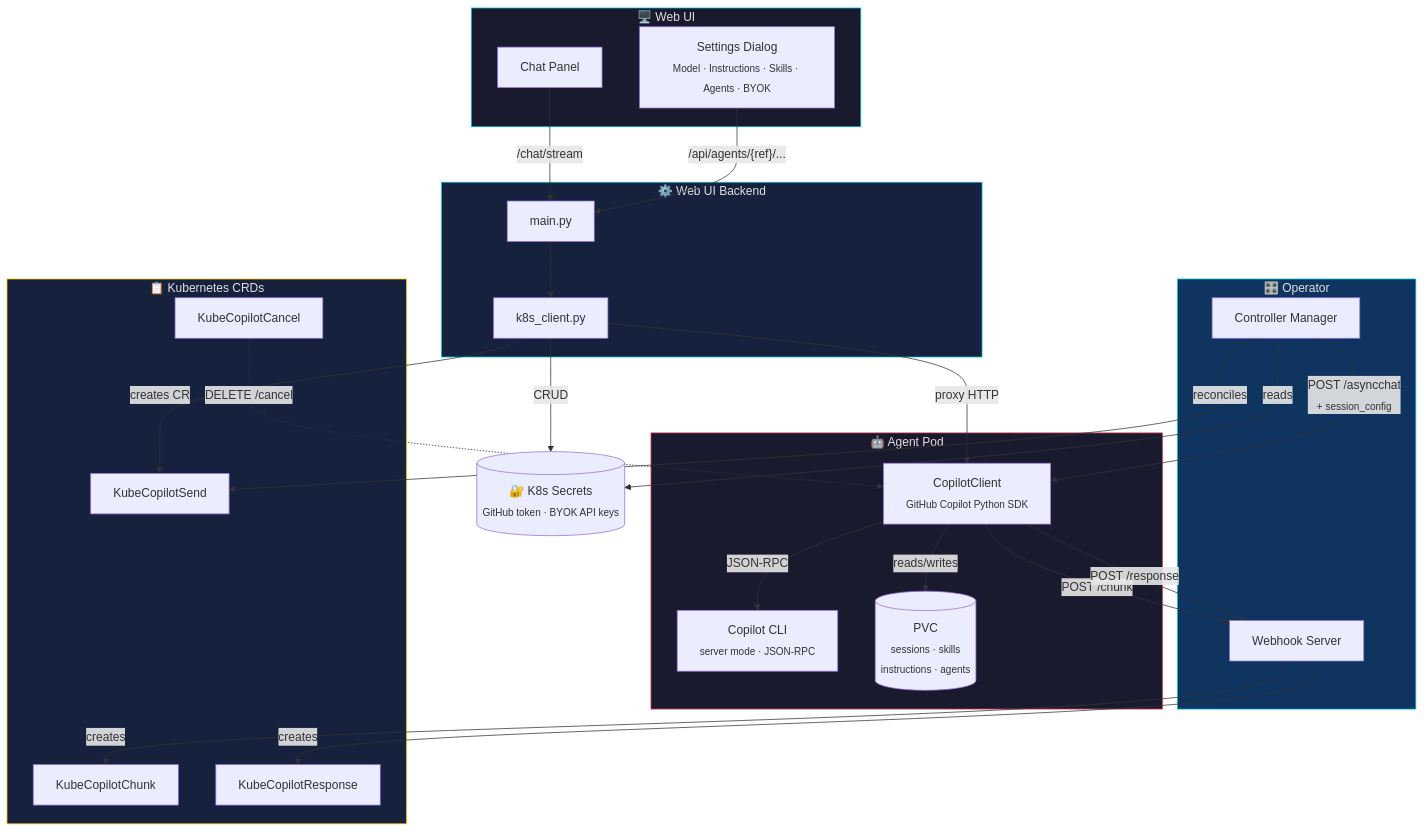
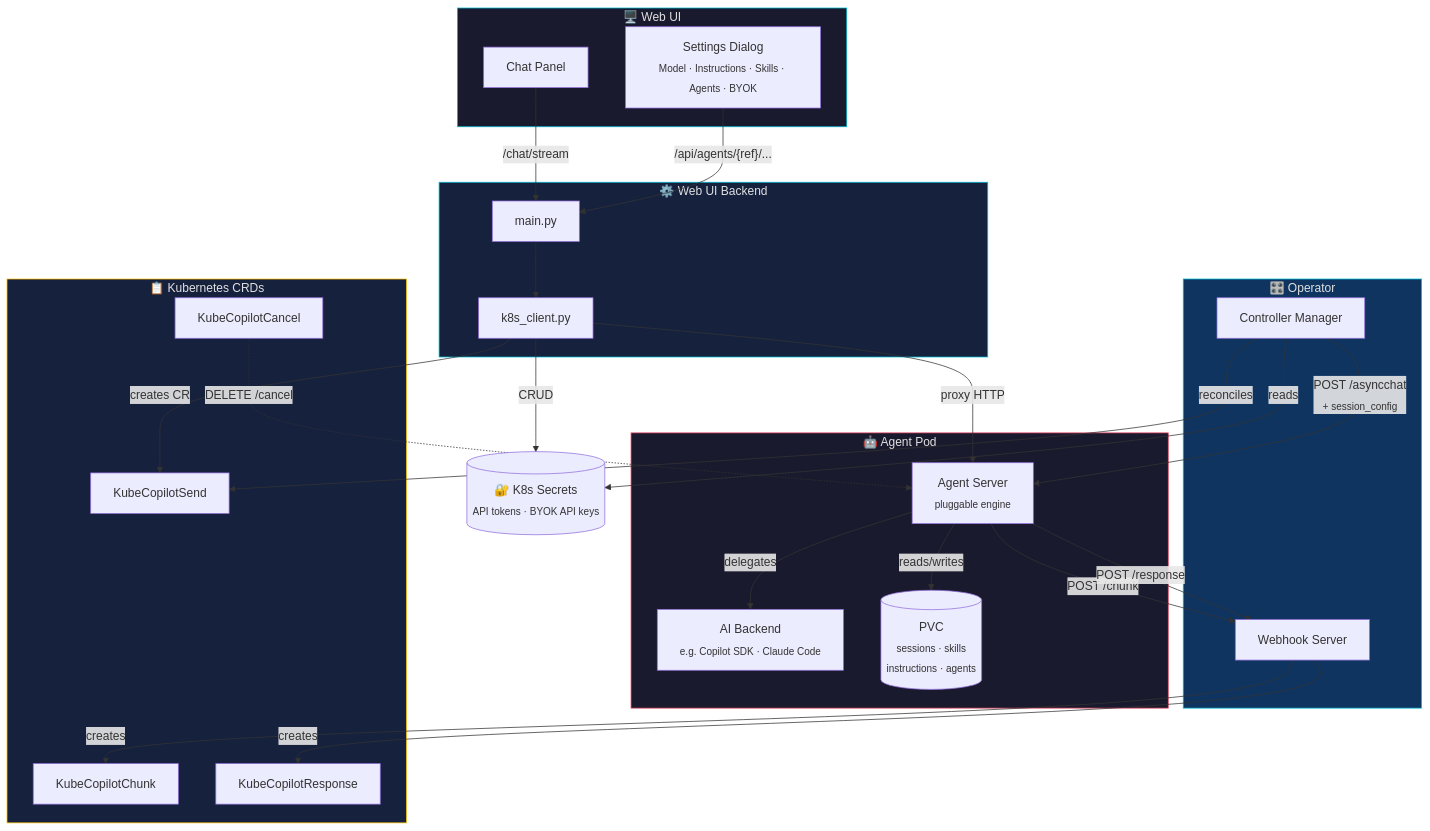
Before and after one commit to giofontana/kube-copilot-agent: the first of 7 diagrams in README.md, drawn with Mermaid. The commit also changed other lines of this file, not shown here.

````diff
--- a/README.md
+++ b/README.md
@@ -25,60 +100,60 @@
 ```mermaid
 flowchart TB
     subgraph ui["🖥️ Web UI"]
         chat["Chat Panel"]
         settings["Settings Dialog<br/><sub>Model · Instructions · Skills · Agents · BYOK</sub>"]
     end
 
     subgraph backend["⚙️ Web UI Backend"]
         main["main.py"]
         k8s["k8s_client.py"]
     end
 
     subgraph operator["🎛️ Operator"]
         ctrl["Controller Manager"]
         webhook["Webhook Server"]
     end
 
     subgraph agent["🤖 Agent Pod"]
-        sdk["CopilotClient<br/><sub>GitHub Copilot Python SDK</sub>"]
-        cli["Copilot CLI<br/><sub>server mode · JSON-RPC</sub>"]
+        srv["Agent Server<br/><sub>pluggable engine</sub>"]
+        engine["AI Backend<br/><sub>e.g. Copilot SDK · Claude Code</sub>"]
         pvc[("PVC<br/><sub>sessions · skills<br/>instructions · agents</sub>")]
     end
 
     subgraph crds["📋 Kubernetes CRDs"]
         send["KubeCopilotSend"]
         chunk["KubeCopilotChunk"]
         resp["KubeCopilotResponse"]
         cancel["KubeCopilotCancel"]
     end
 
-    secrets[("🔐 K8s Secrets<br/><sub>GitHub token · BYOK API keys</sub>")]
+    secrets[("🔐 K8s Secrets<br/><sub>API tokens · BYOK API keys</sub>")]
 
     chat -- "/chat/stream" --> main
     settings -- "/api/agents/{ref}/..." --> main
     main --> k8s
     k8s -- "creates CR" --> send
-    k8s -- "proxy HTTP" --> sdk
+    k8s -- "proxy HTTP" --> srv
     k8s -- "CRUD" --> secrets
 
     ctrl -- "reconciles" --> send
     ctrl -- "reads" --> secrets
-    ctrl -- "POST /asyncchat<br/><sub>+ session_config</sub>" --> sdk
+    ctrl -- "POST /asyncchat<br/><sub>+ session_config</sub>" --> srv
 
-    sdk -- "JSON-RPC" --> cli
-    sdk -- "reads/writes" --> pvc
+    srv -- "delegates" --> engine
+    srv -- "reads/writes" --> pvc
 
-    sdk -- "POST /chunk" --> webhook
-    sdk -- "POST /response" --> webhook
+    srv -- "POST /chunk" --> webhook
+    srv -- "POST /response" --> webhook
 
     webhook -- "creates" --> chunk
     webhook -- "creates" --> resp
 
-    cancel -. "DELETE /cancel" .-> sdk
+    cancel -. "DELETE /cancel" .-> srv
 
     style ui fill:#1a1a2e,stroke:#00bcd4,color:#e0e0e0
     style backend fill:#16213e,stroke:#00bcd4,color:#e0e0e0
     style operator fill:#0f3460,stroke:#00bcd4,color:#e0e0e0
     style agent fill:#1a1a2e,stroke:#e94560,color:#e0e0e0
     style crds fill:#16213e,stroke:#ffc107,color:#e0e0e0
 ```
````
